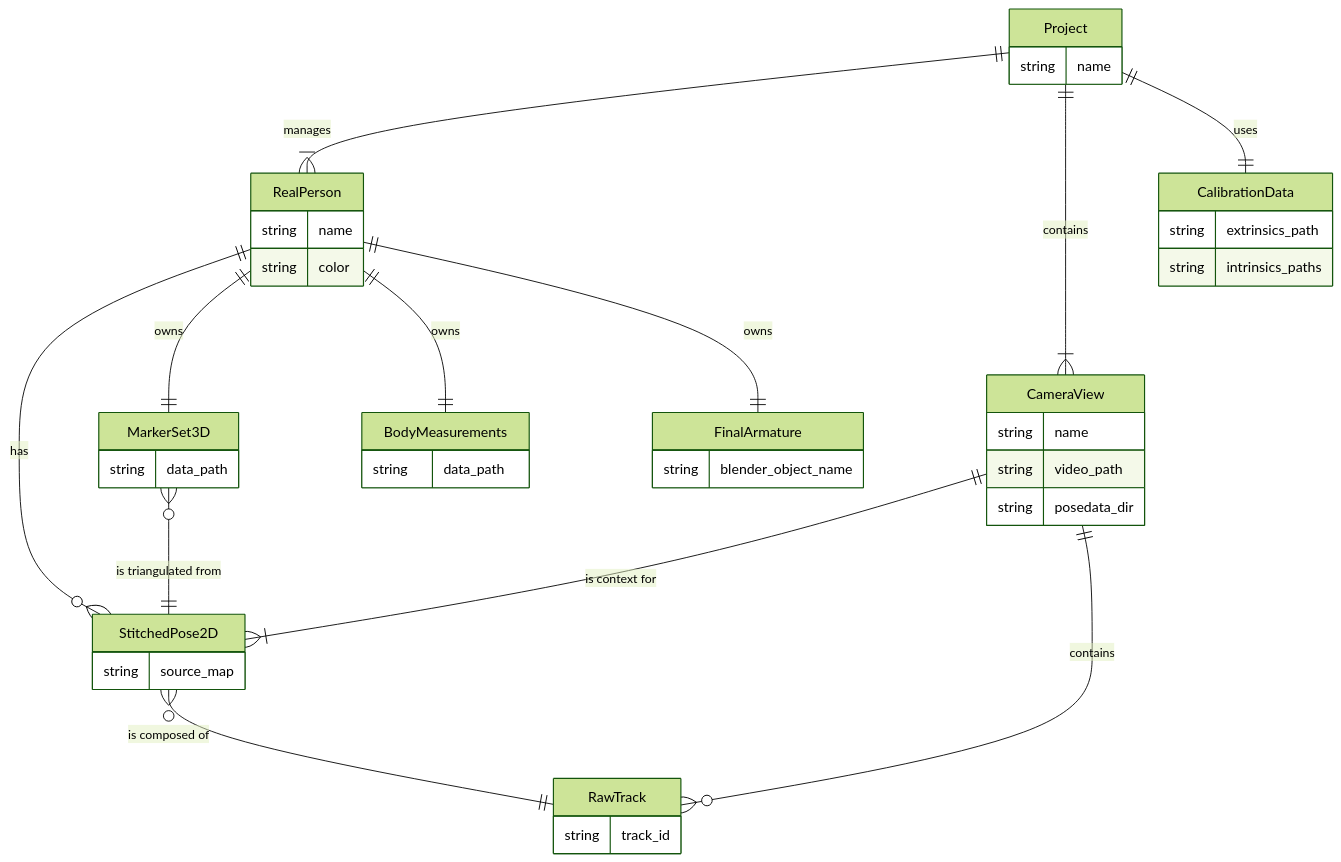
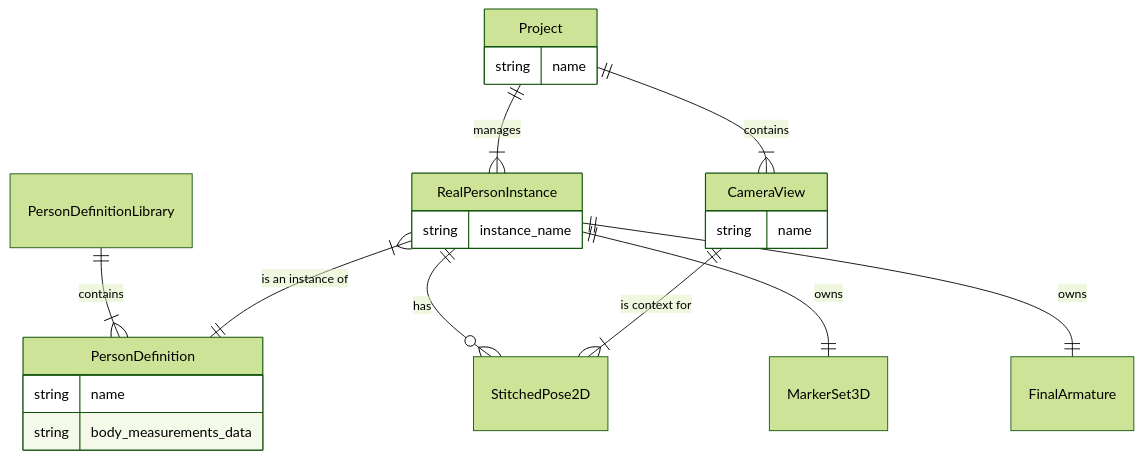
The first of 7 diagrams in design.md (hkaimio/PoseEdit), drawn with Mermaid (forest theme) before and after one commit. The commit also changed other lines of this file, not shown here.

Commit message:
design: Separate person measurements from isntance in blend file

````diff
--- a/design.md
+++ b/design.md
@@ -94,49 +91,28 @@
 ```mermaid
 erDiagram
+    PersonDefinitionLibrary ||--|{ PersonDefinition : contains
+    PersonDefinition {
+        string name
+        string body_measurements_data
+    }
+
     Project {
         string name
     }
-    RealPerson {
-        string name
-        string color
+    RealPersonInstance {
+        string instance_name
     }
     CameraView {
         string name
-        string video_path
-        string posedata_dir
-    }
-    CalibrationData {
-        string extrinsics_path
-        string intrinsics_paths
-    }
-    RawTrack {
-        string track_id
-    }
-    StitchedPose2D {
-        string source_map
-    }
-    MarkerSet3D {
-        string data_path
-    }
-    BodyMeasurements {
-        string data_path
-    }
-    FinalArmature {
-        string blender_object_name
     }
 
-    Project ||--|{ RealPerson : manages
+    Project ||--|{ RealPersonInstance : manages
     Project ||--|{ CameraView : contains
-    Project ||--|| CalibrationData : uses
 
-    RealPerson ||--o{ StitchedPose2D : has
-    RealPerson ||--|| MarkerSet3D : owns
-    RealPerson ||--|| BodyMeasurements : owns
-    RealPerson ||--|| FinalArmature : owns
+    RealPersonInstance }|--|| PersonDefinition : "is an instance of"
+    RealPersonInstance ||--o{ StitchedPose2D : has
+    RealPersonInstance ||--|| MarkerSet3D : owns
+    RealPersonInstance ||--|| FinalArmature : owns
 
     CameraView ||--|{ StitchedPose2D : "is context for"
-    CameraView ||--o{ RawTrack : contains
-
-    StitchedPose2D }o--|| RawTrack : "is composed of"
-    MarkerSet3D }o--|| StitchedPose2D : "is triangulated from"
 ```
````
